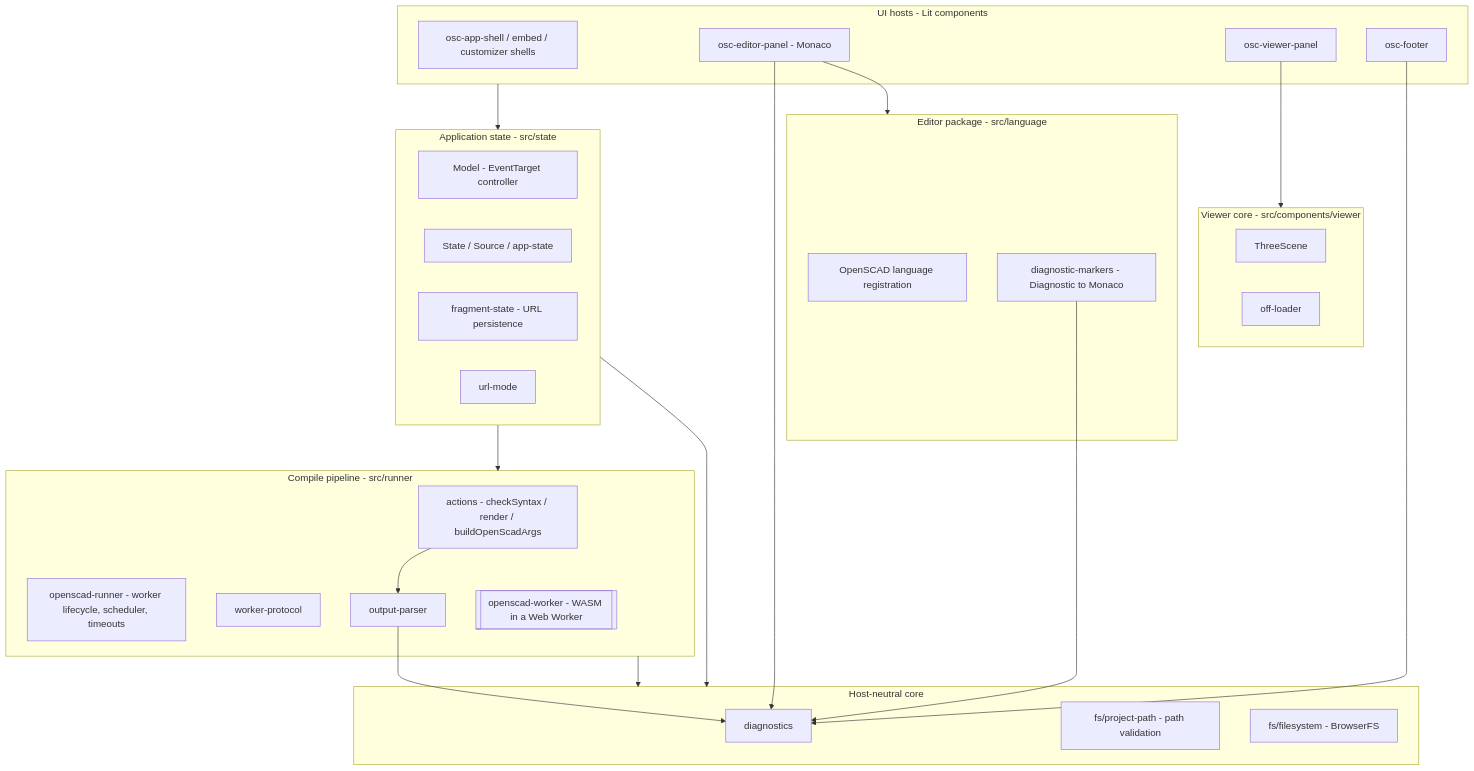
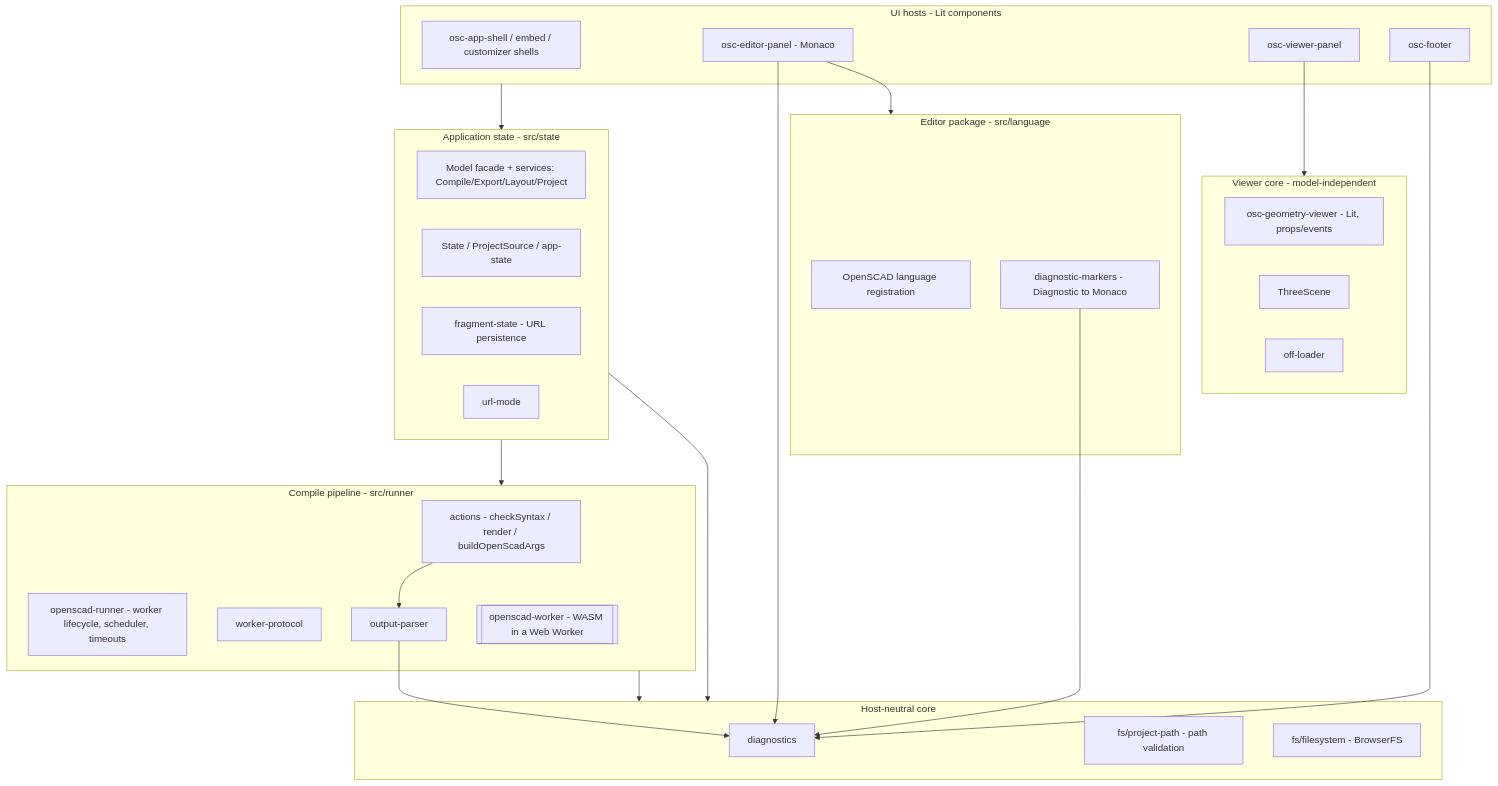
The diagram in docs/architecture/README.md (CameronBrooks11/openscad-web), drawn with Mermaid before and after one commit. The commit also changed other lines of this file and 2 other files, not shown here.

First line of the commit message:
docs(architecture): refresh stale boundary/lifecycle claims (#131)

````diff
--- a/docs/architecture/README.md
+++ b/docs/architecture/README.md
@@ -13,51 +13,52 @@
 ```mermaid
 flowchart TD
   subgraph hosts[UI hosts - Lit components]
     shell[osc-app-shell / embed / customizer shells]
     editor[osc-editor-panel - Monaco]
     viewer[osc-viewer-panel]
     footer[osc-footer]
   end
 
   subgraph state[Application state - src/state]
-    model[Model - EventTarget controller]
-    appstate[State / Source / app-state]
+    model[Model facade + services: Compile/Export/Layout/Project]
+    appstate[State / ProjectSource / app-state]
     fragment[fragment-state - URL persistence]
     urlmode[url-mode]
   end
 
   subgraph runner[Compile pipeline - src/runner]
     actions[actions - checkSyntax / render / buildOpenScadArgs]
     runnercore[openscad-runner - worker lifecycle, scheduler, timeouts]
     protocol[worker-protocol]
     parser[output-parser]
     worker[[openscad-worker - WASM in a Web Worker]]
   end
 
   subgraph core[Host-neutral core]
     diag[diagnostics]
     projpath[fs/project-path - path validation]
     fs[fs/filesystem - BrowserFS]
   end
 
-  subgraph viewercore[Viewer core - src/components/viewer]
+  subgraph viewercore[Viewer core - model-independent]
+    geomviewer[osc-geometry-viewer - Lit, props/events]
     three[ThreeScene]
     off[off-loader]
   end
 
   subgraph editorpkg[Editor package - src/language]
     lang[OpenSCAD language registration]
     adapter[diagnostic-markers - Diagnostic to Monaco]
   end
 
   hosts --> state
   state --> runner
   state --> core
   viewer --> viewercore
   editor --> editorpkg
   runner --> core
   actions --> parser --> diag
   editor --> diag
   footer --> diag
   adapter --> diag
 ```
````
